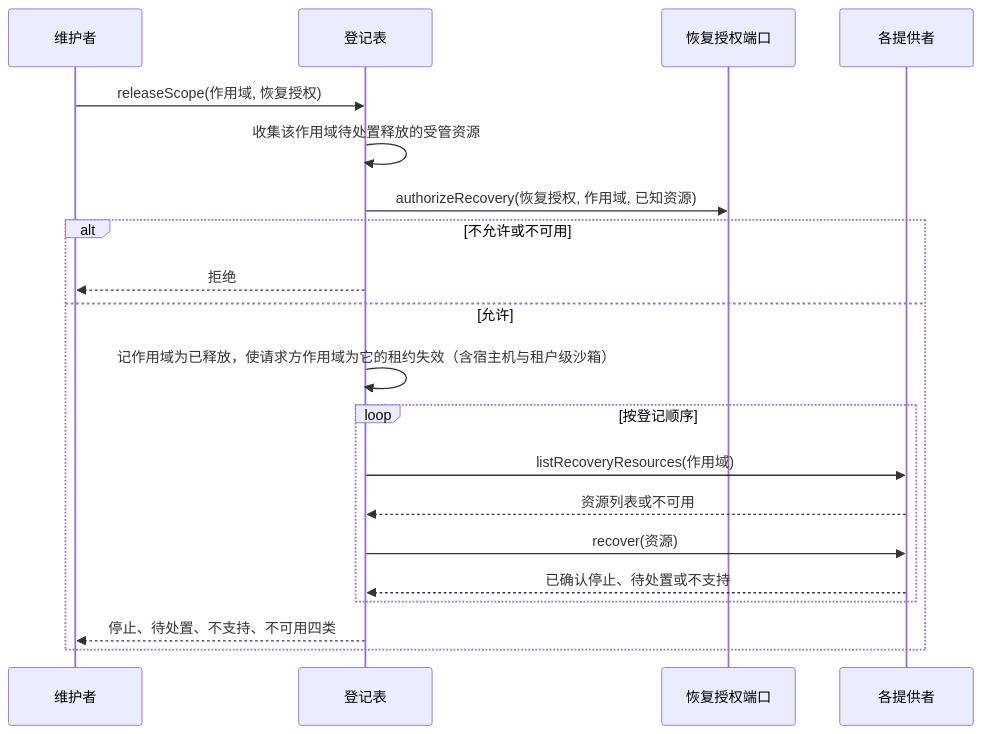
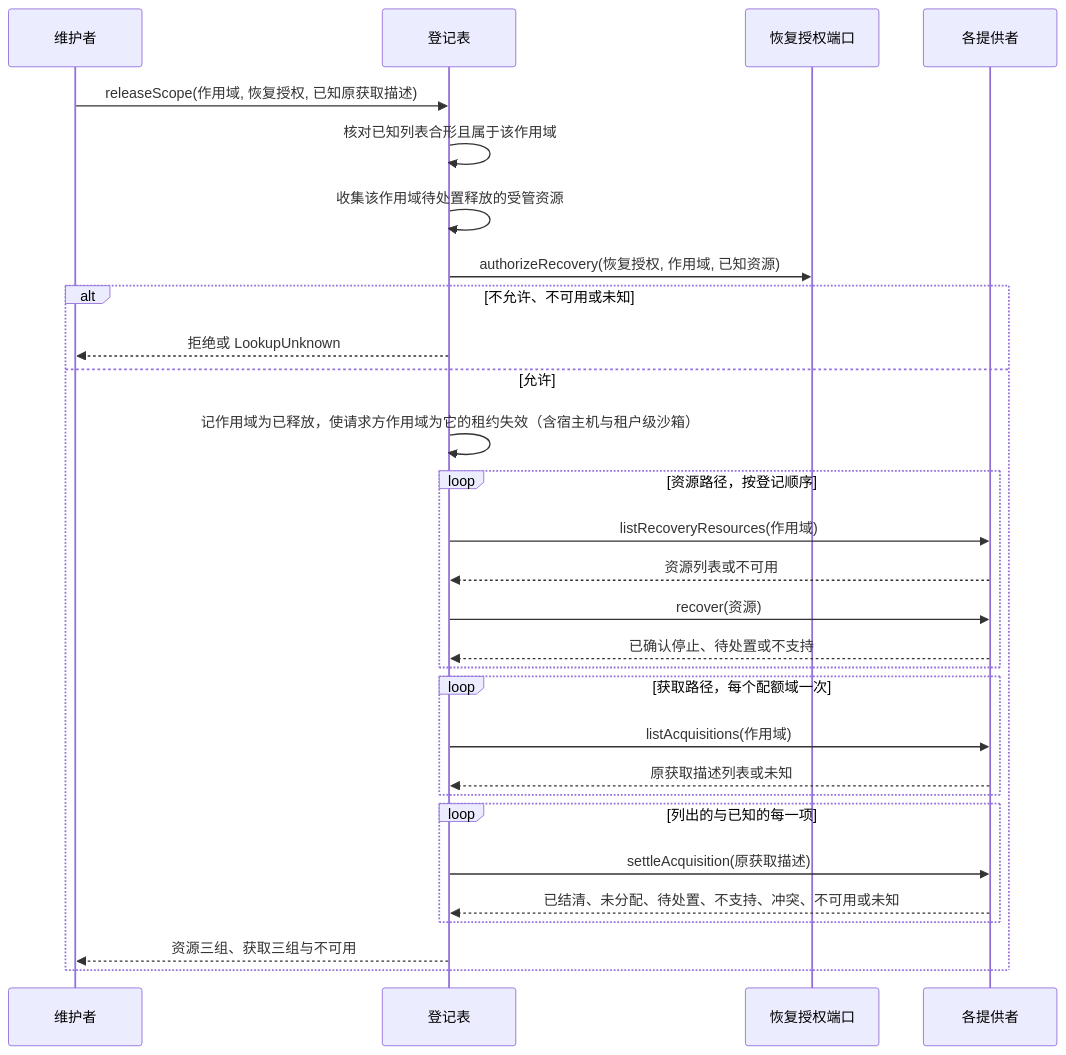
One commit to nemori-ai/omne-harness-lite changed the fourth of 6 diagrams in packages/execution/execution-environment/docs/flows.md. Above: the diagram before and after it, drawn with Mermaid. The commit also changed other lines of this file and 136 other files, not shown here.

````diff
--- a/packages/execution/execution-environment/docs/flows.md
+++ b/packages/execution/execution-environment/docs/flows.md
@@ -120,22 +136,31 @@
 ```mermaid
 sequenceDiagram
   participant M as 维护者
   participant R as 登记表
   participant A as 恢复授权端口
   participant P as 各提供者
-  M->>R: releaseScope(作用域, 恢复授权)
+  M->>R: releaseScope(作用域, 恢复授权, 已知原获取描述)
+  R->>R: 核对已知列表合形且属于该作用域
   R->>R: 收集该作用域待处置释放的受管资源
   R->>A: authorizeRecovery(恢复授权, 作用域, 已知资源)
-  alt 不允许或不可用
-    R-->>M: 拒绝
+  alt 不允许、不可用或未知
+    R-->>M: 拒绝或 LookupUnknown
   else 允许
     R->>R: 记作用域为已释放，使请求方作用域为它的租约失效（含宿主机与租户级沙箱）
-    loop 按登记顺序
+    loop 资源路径，按登记顺序
       R->>P: listRecoveryResources(作用域)
       P-->>R: 资源列表或不可用
       R->>P: recover(资源)
       P-->>R: 已确认停止、待处置或不支持
     end
-    R-->>M: 停止、待处置、不支持、不可用四类
+    loop 获取路径，每个配额域一次
+      R->>P: listAcquisitions(作用域)
+      P-->>R: 原获取描述列表或未知
+    end
+    loop 列出的与已知的每一项
+      R->>P: settleAcquisition(原获取描述)
+      P-->>R: 已结清、未分配、待处置、不支持、冲突、不可用或未知
+    end
+    R-->>M: 资源三组、获取三组与不可用
   end
 ```
````
